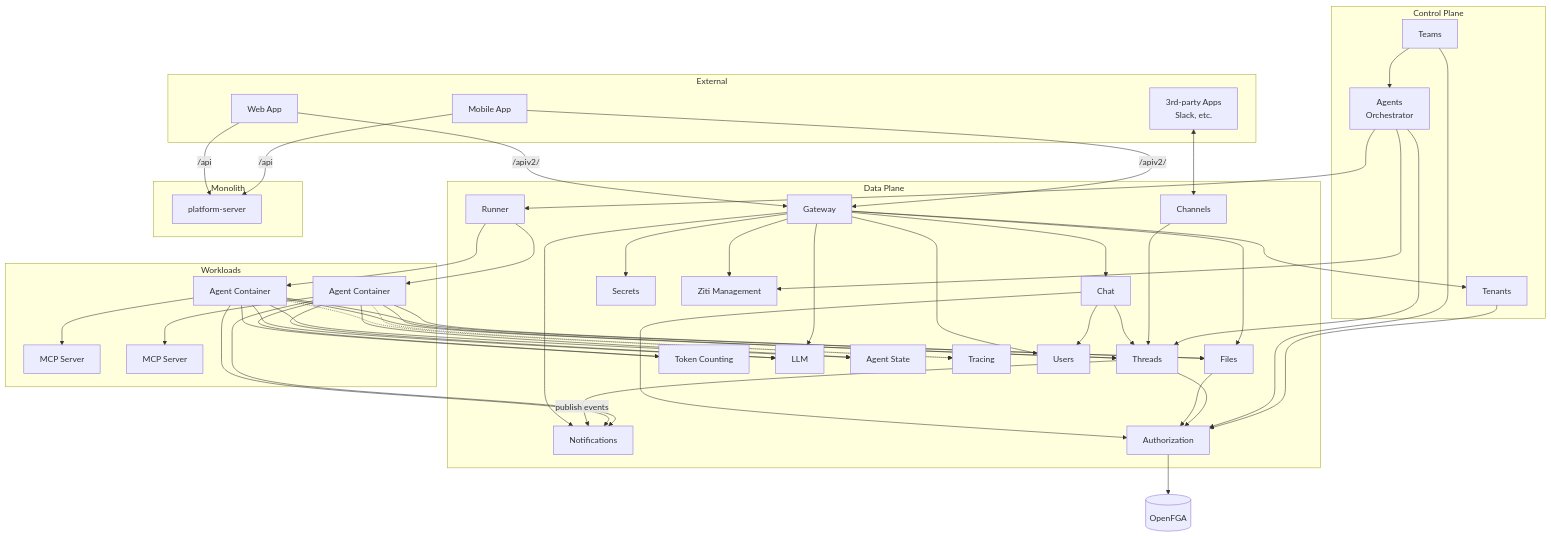
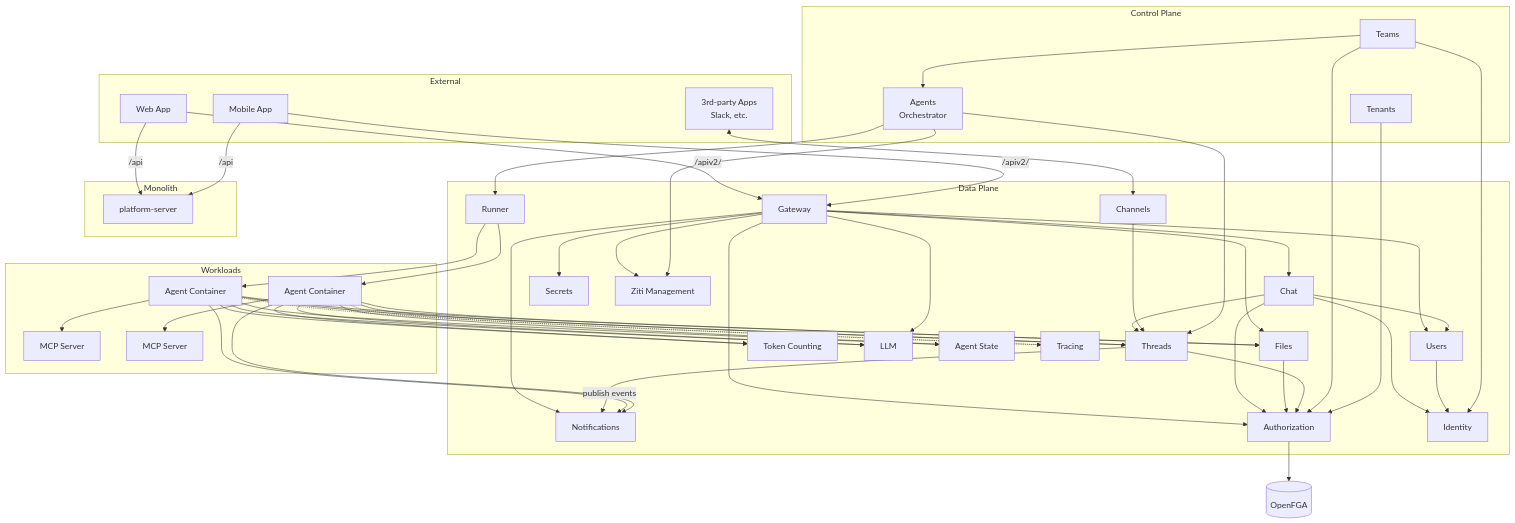
The diagram in architecture/system-overview.md (agynio/architecture), drawn with Mermaid before and after one commit. The commit also changed other lines of this file and 9 other files, not shown here.

```diff
--- a/architecture/system-overview.md
+++ b/architecture/system-overview.md
@@ -34,6 +34,7 @@
         Authorization[Authorization]
         ZitiMgmt[Ziti Management]
         Users[Users]
+        Identity[Identity]
     end
 
     subgraph Workloads
@@ -53,15 +54,19 @@
 
     Gateway --> ZitiMgmt
     Gateway --> Users
-    Gateway --> Tenants
+    Gateway --> Authorization
     Gateway --> Chat
     Gateway --> Files
     Gateway --> Notifications
     Gateway --> LLM
     Gateway --> Secrets
     Chat --> Threads
+    Chat --> Identity
     Chat --> Users
     Channels --> Threads
+
+    Users --> Identity
+    Teams --> Identity
 
     Threads -->|publish events| Notifications
     AgentsOrch --> Runner
```
